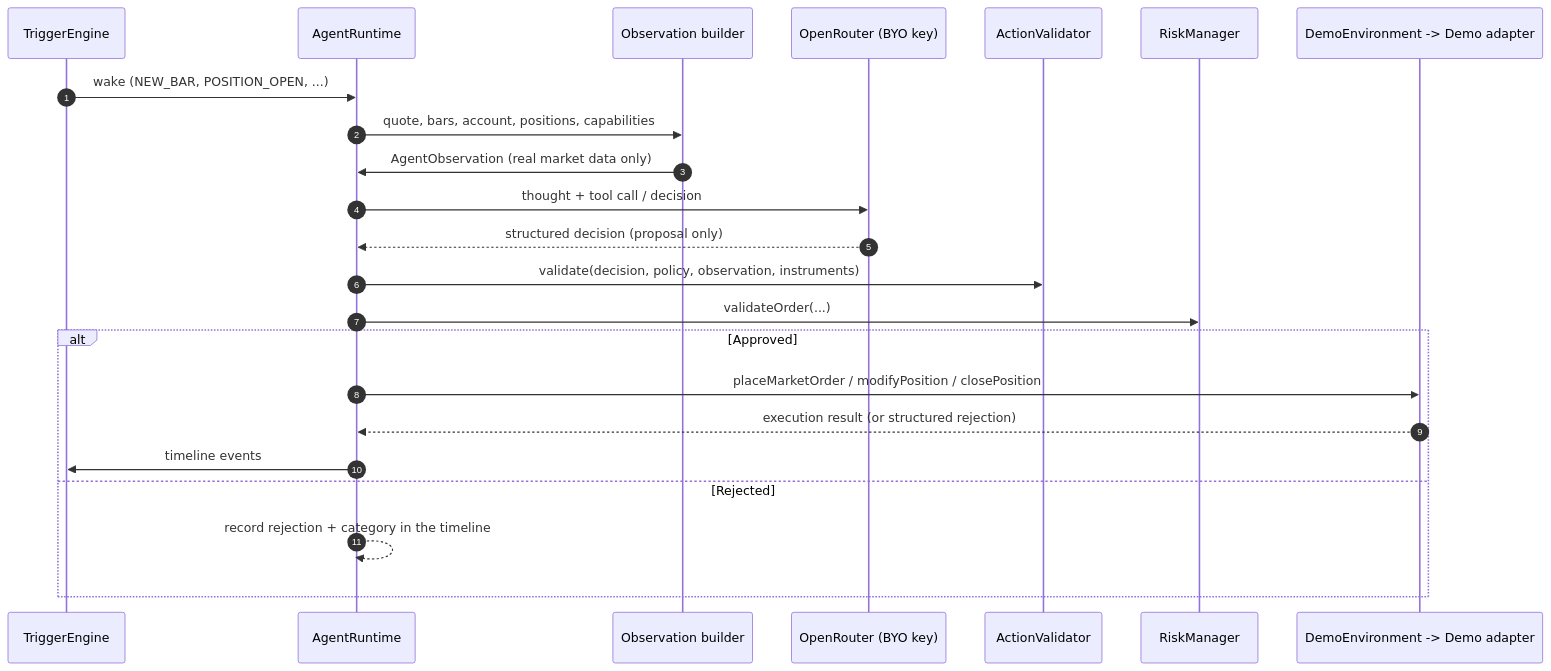
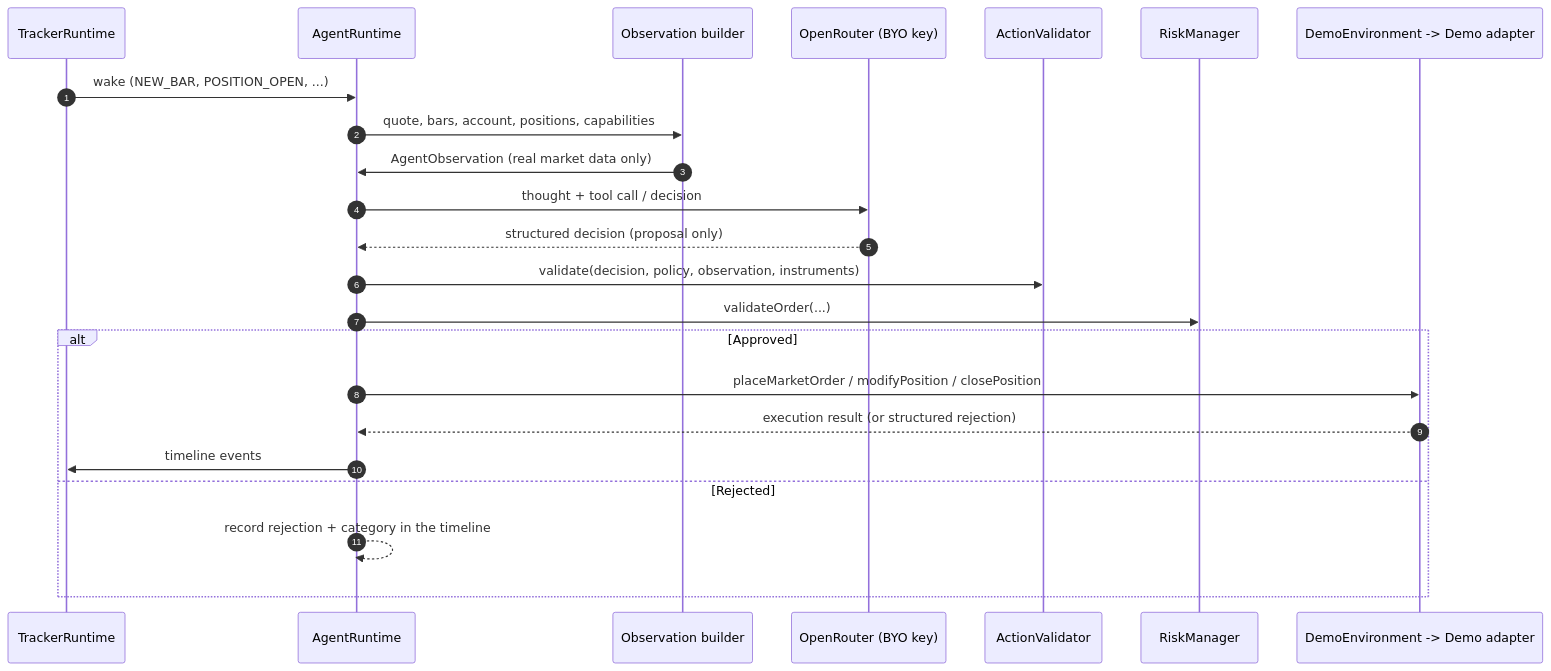
Before and after one commit to Mabu007/TradingV: the third of 4 diagrams in docs/data-flow.md, drawn with Mermaid. The commit also changed other lines of this file and 333 other files, not shown here.

````diff
--- a/docs/data-flow.md
+++ b/docs/data-flow.md
@@ -98,26 +98,26 @@
 ```mermaid
 sequenceDiagram
     autonumber
-    participant Trigger as TriggerEngine
+    participant Tracker as TrackerRuntime
     participant RT as AgentRuntime
     participant Obs as Observation builder
     participant Model as OpenRouter (BYO key)
     participant Validator as ActionValidator
     participant Risk as RiskManager
     participant Env as DemoEnvironment -> Demo adapter
 
-    Trigger->>RT: wake (NEW_BAR, POSITION_OPEN, ...)
+    Tracker->>RT: wake (NEW_BAR, POSITION_OPEN, ...)
     RT->>Obs: quote, bars, account, positions, capabilities
     Obs->>RT: AgentObservation (real market data only)
     RT->>Model: thought + tool call / decision
     Model-->>RT: structured decision (proposal only)
     RT->>Validator: validate(decision, policy, observation, instruments)
     RT->>Risk: validateOrder(...)
     alt Approved
         RT->>Env: placeMarketOrder / modifyPosition / closePosition
         Env-->>RT: execution result (or structured rejection)
-        RT->>Trigger: timeline events
+        RT->>Tracker: timeline events
     else Rejected
         RT-->>RT: record rejection + category in the timeline
     end
 ```
````
